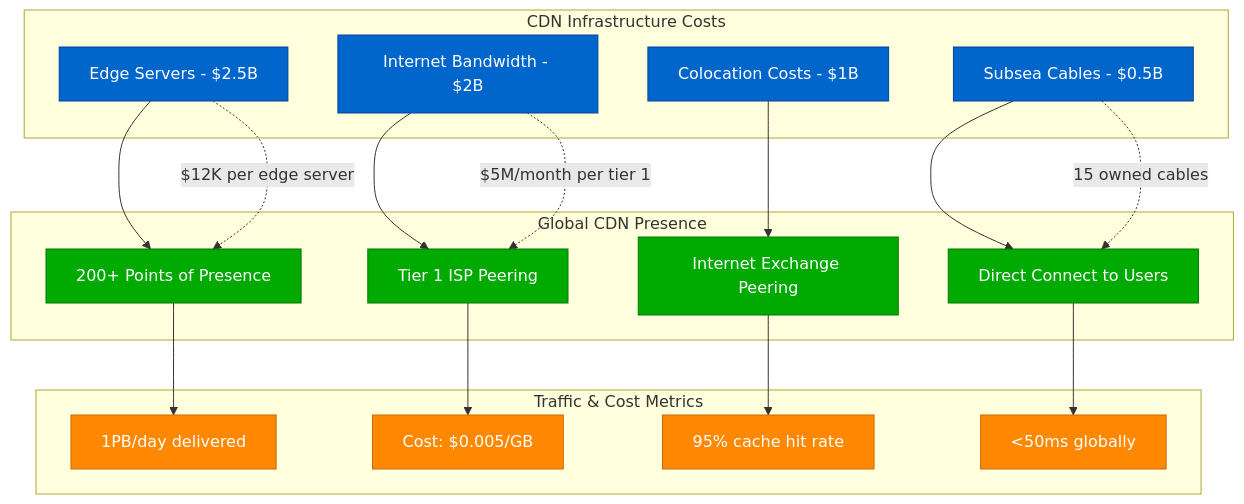
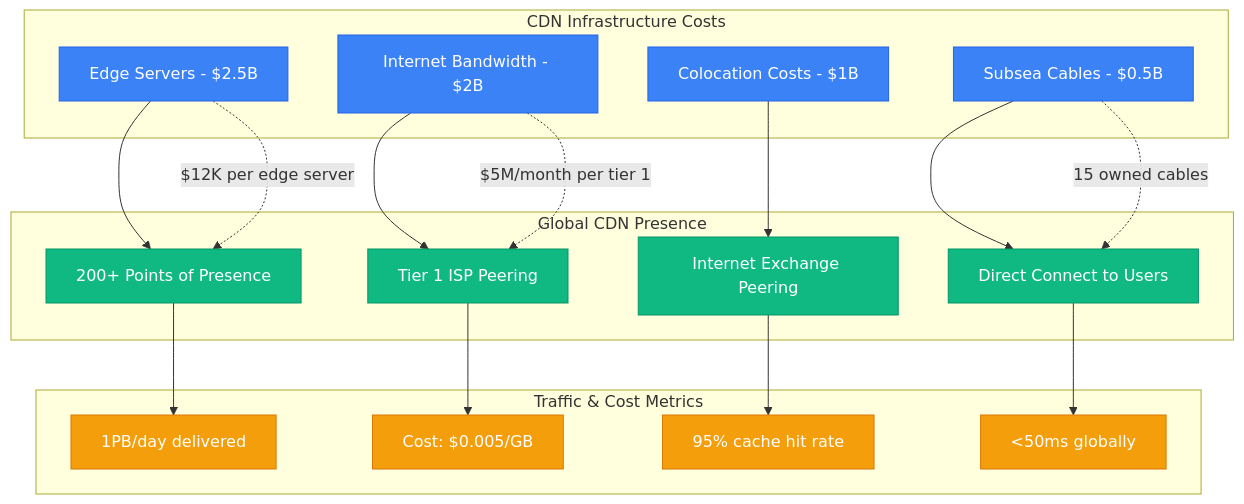
The third of 10 diagrams in site/docs/systems/meta/cost-breakdown.md (deepaucksharma/DS), drawn with Mermaid before and after one commit. The commit also changed other lines of this file and 303 other files, not shown here.

````diff
--- a/site/docs/systems/meta/cost-breakdown.md
+++ b/site/docs/systems/meta/cost-breakdown.md
@@ -75,46 +75,46 @@
 ```mermaid
 graph TB
     subgraph CDNInfrastructure[CDN Infrastructure Costs]
         EDGE_SERVERS[Edge Servers - $2.5B]
         BANDWIDTH[Internet Bandwidth - $2B]
         COLOCATION[Colocation Costs - $1B]
         SUBSEA_CABLES[Subsea Cables - $0.5B]
     end
 
     subgraph GlobalPresence[Global CDN Presence]
         POPS_200[200+ Points of Presence]
         TIER1_ISPS[Tier 1 ISP Peering]
         IX_PEERING[Internet Exchange Peering]
         DIRECT_CONNECT[Direct Connect to Users]
     end
 
     subgraph TrafficMetrics[Traffic & Cost Metrics]
         BANDWIDTH_PB[1PB/day delivered]
         COST_PER_GB[Cost: $0.005/GB]
         CACHE_HIT[95% cache hit rate]
         LATENCY_TARGET[<50ms globally]
     end
 
     EDGE_SERVERS --> POPS_200
     BANDWIDTH --> TIER1_ISPS
     COLOCATION --> IX_PEERING
     SUBSEA_CABLES --> DIRECT_CONNECT
 
     POPS_200 --> BANDWIDTH_PB
     TIER1_ISPS --> COST_PER_GB
     IX_PEERING --> CACHE_HIT
     DIRECT_CONNECT --> LATENCY_TARGET
 
     %% Performance annotations
     EDGE_SERVERS -.->|"$12K per edge server"| POPS_200
     BANDWIDTH -.->|"$5M/month per tier 1"| TIER1_ISPS
     SUBSEA_CABLES -.->|"15 owned cables"| DIRECT_CONNECT
 
-    classDef costStyle fill:#0066CC,stroke:#004499,color:#fff
-    classDef infraStyle fill:#00AA00,stroke:#007700,color:#fff
-    classDef metricStyle fill:#FF8800,stroke:#CC6600,color:#fff
+    classDef costStyle fill:#3B82F6,stroke:#2563EB,color:#fff
+    classDef infraStyle fill:#10B981,stroke:#059669,color:#fff
+    classDef metricStyle fill:#F59E0B,stroke:#D97706,color:#fff
 
     class EDGE_SERVERS,BANDWIDTH,COLOCATION,SUBSEA_CABLES costStyle
     class POPS_200,TIER1_ISPS,IX_PEERING,DIRECT_CONNECT infraStyle
     class BANDWIDTH_PB,COST_PER_GB,CACHE_HIT,LATENCY_TARGET metricStyle
 ```
````
